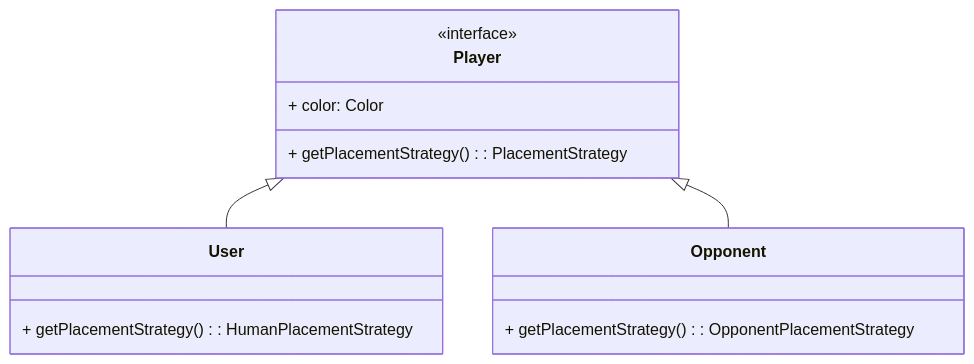
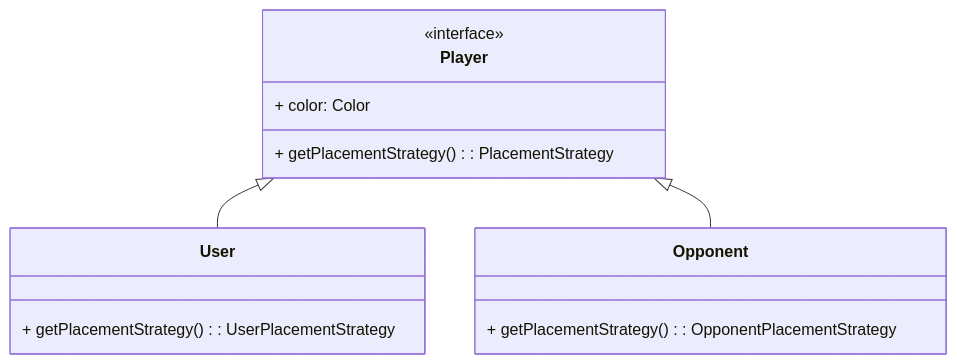
One commit to Borgotto/PPS-25-scalatello changed the fourth of 8 diagrams in docs/report/5-detailed-design.md. Above: the diagram before and after it, drawn with Mermaid. The commit also changed other lines of this file, not shown here.

First line of the commit message:
Update PlacementStrategy in detailed design

````diff
--- a/docs/report/5-detailed-design.md
+++ b/docs/report/5-detailed-design.md
@@ -117,17 +117,17 @@
 ```mermaid
 classDiagram
     class Player {
         <<interface>>
         + color: Color
         + getPlacementStrategy(): PlacementStrategy
     }
     class User {
-        + getPlacementStrategy(): HumanPlacementStrategy
+        + getPlacementStrategy(): UserPlacementStrategy
     }
     class Opponent {
         + getPlacementStrategy(): OpponentPlacementStrategy
     }
 
     Player <|-- User
     Player <|-- Opponent
 ```
````
